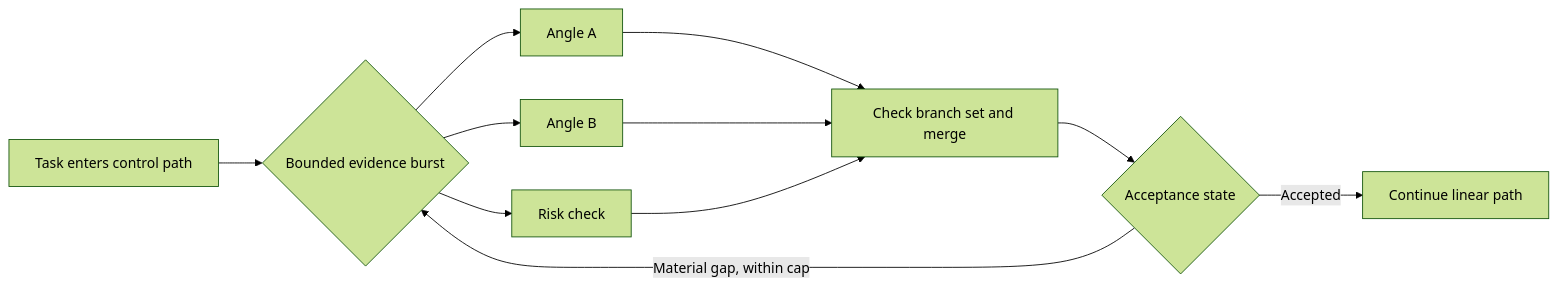
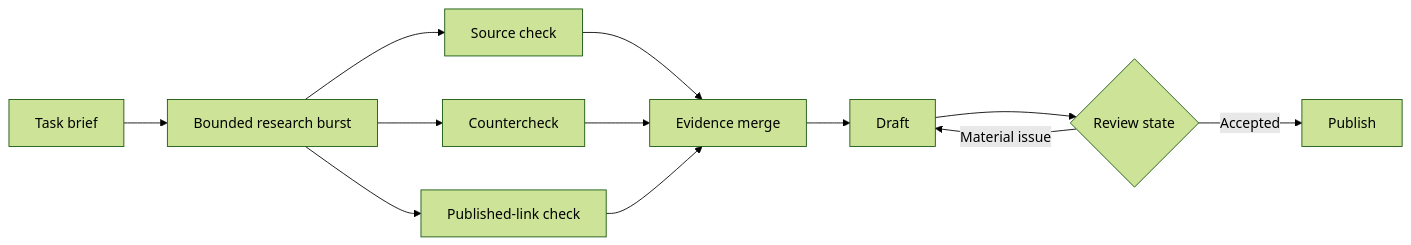
One commit to Herbertcuba/herbertcuba-personal-blog changed the second of 2 diagrams in src/drafts/df3f4646.md. Above: the diagram before and after it, drawn with Mermaid (forest theme). The commit also changed other lines of this file, not shown here.

Commit message:
draft(t_3af0b546): Use a Pipeline Until the Work Proves It Needs a Graph

````diff
--- a/src/drafts/df3f4646.md
+++ b/src/drafts/df3f4646.md
@@ -61,13 +73,14 @@
 ```mermaid
 flowchart LR
-    T["Task enters control path"] --> S{"Bounded evidence burst"}
-    S --> A["Angle A"]
-    S --> B["Angle B"]
-    S --> C["Risk check"]
-    A --> M["Check branch set and merge"]
-    B --> M
-    C --> M
-    M --> G{"Acceptance state"}
-    G -->|Accepted| N["Continue linear path"]
-    G -->|Material gap, within cap| S
+    A[Task brief] --> F[Bounded research burst]
+    F --> R1[Source check]
+    F --> R2[Countercheck]
+    F --> R3[Published-link check]
+    R1 --> M[Evidence merge]
+    R2 --> M
+    R3 --> M
+    M --> D[Draft]
+    D --> G{Review state}
+    G -- Accepted --> P[Publish]
+    G -- Material issue --> D
 ```
````
